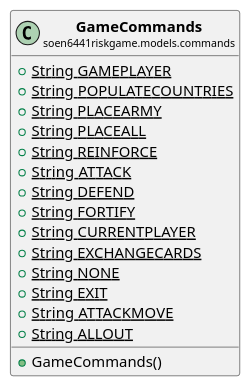
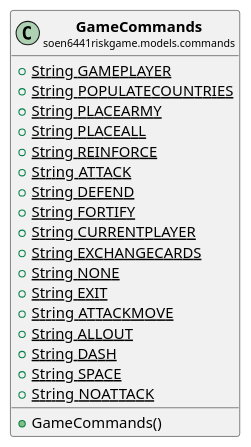
One commit to huntertran/soen6441-riskgame changed the diagram in docs/javadocs/soen6441riskgame/models/commands/GameCommands.puml. Above: the diagram before and after it, drawn with PlantUML. The commit also changed 184 other files, not shown here.

```diff
--- a/docs/javadocs/soen6441riskgame/models/commands/GameCommands.puml
+++ b/docs/javadocs/soen6441riskgame/models/commands/GameCommands.puml
@@ -1,26 +1,29 @@
 @startuml
 
 skinparam svgLinkTarget _parent
 skinparam linetype ortho
 set namespaceSeparator none
 class "<b><size:14>GameCommands</b>\n<size:10>soen6441riskgame.models.commands" as soen6441riskgame.models.commands.GameCommands  [[../../../soen6441riskgame/models/commands/GameCommands.html{soen6441riskgame.models.commands.GameCommands}]] {
 {static} +String GAMEPLAYER
 {static} +String POPULATECOUNTRIES
 {static} +String PLACEARMY
 {static} +String PLACEALL
 {static} +String REINFORCE
 {static} +String ATTACK
 {static} +String DEFEND
 {static} +String FORTIFY
 {static} +String CURRENTPLAYER
 {static} +String EXCHANGECARDS
 {static} +String NONE
 {static} +String EXIT
 {static} +String ATTACKMOVE
 {static} +String ALLOUT
+{static} +String DASH
+{static} +String SPACE
+{static} +String NOATTACK
 +GameCommands()
 }
 
 
 
 @enduml
```
